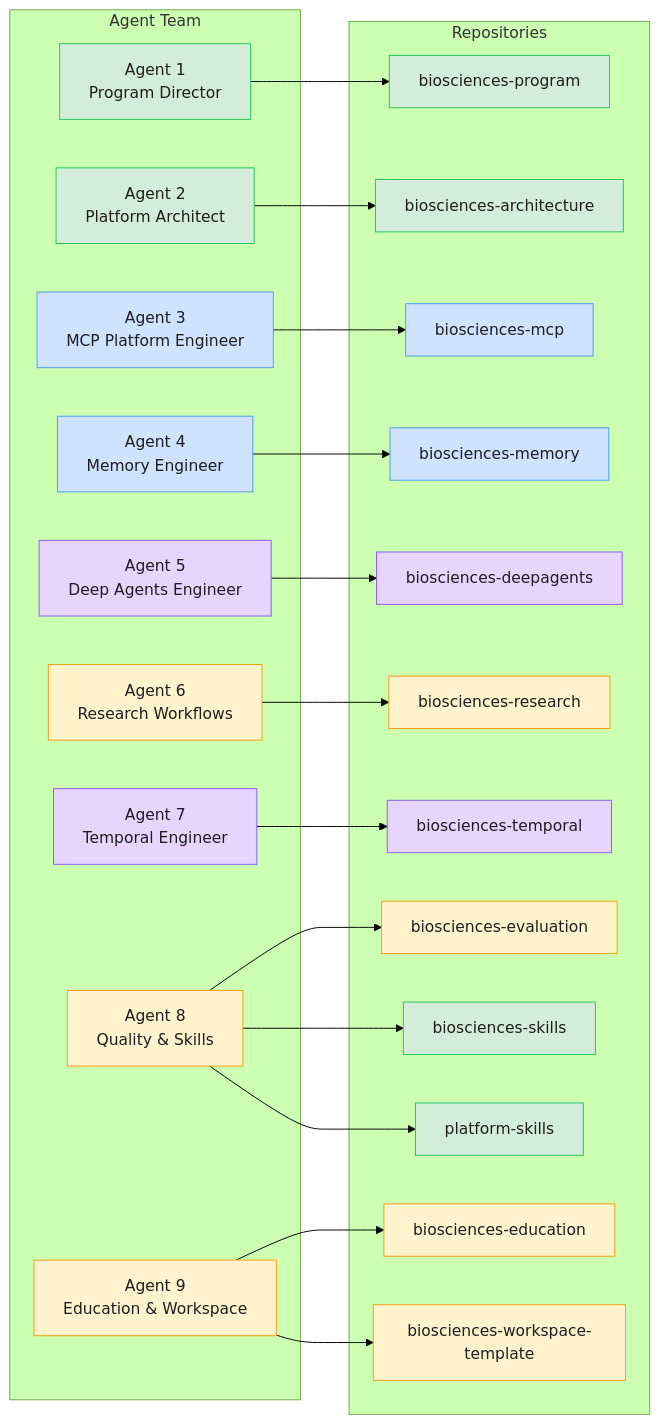
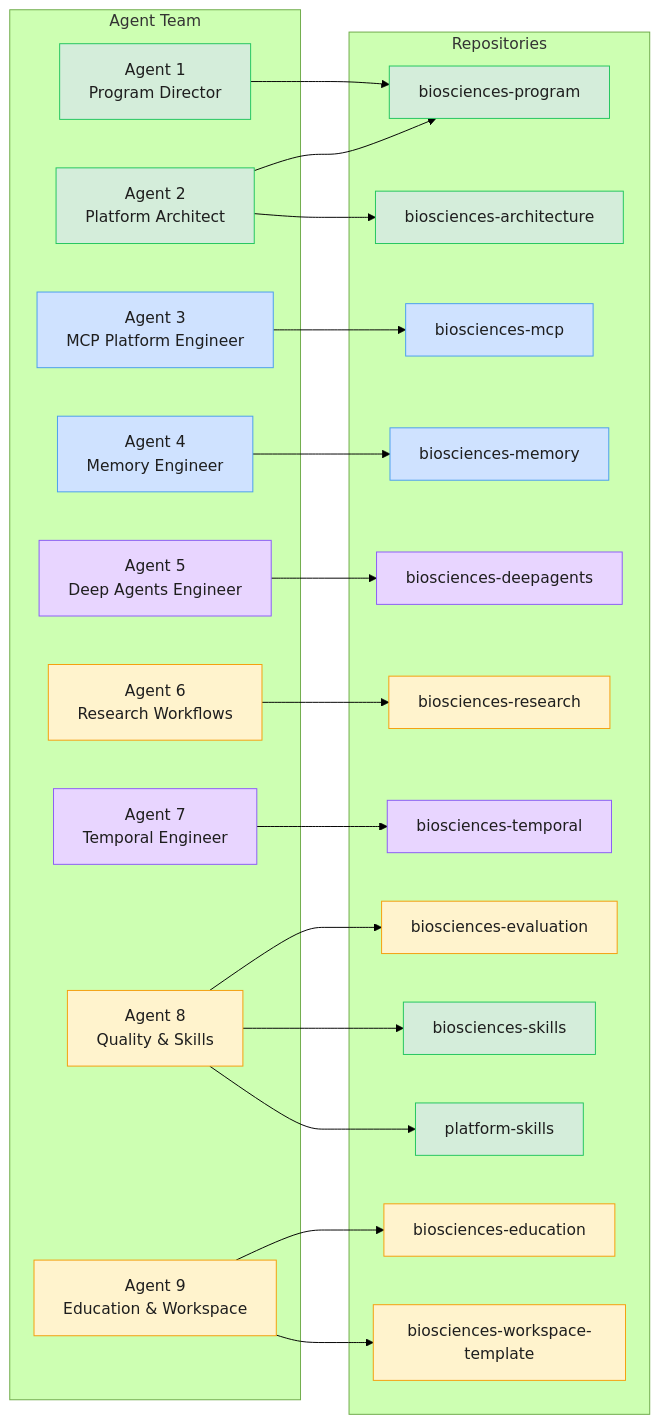
The diagram in docs/diagrams/agent-ownership-map.md (open-biosciences/biosciences-program), drawn with Mermaid (forest theme) before and after one commit. The commit also changed other lines of this file and 2 other files, not shown here.

First line of the commit message:
fix: update diagrams to reflect governance consolidation

````diff
--- a/docs/diagrams/agent-ownership-map.md
+++ b/docs/diagrams/agent-ownership-map.md
@@ -6,65 +6,66 @@
 ```mermaid
 flowchart LR
     subgraph agents["Agent Team"]
         a1["Agent 1<br/>Program Director"]
         a2["Agent 2<br/>Platform Architect"]
         a3["Agent 3<br/>MCP Platform Engineer"]
         a4["Agent 4<br/>Memory Engineer"]
         a5["Agent 5<br/>Deep Agents Engineer"]
         a6["Agent 6<br/>Research Workflows"]
         a7["Agent 7<br/>Temporal Engineer"]
         a8["Agent 8<br/>Quality & Skills"]
         a9["Agent 9<br/>Education & Workspace"]
     end
 
     subgraph repos["Repositories"]
         r_prog["biosciences-program"]
         r_arch["biosciences-architecture"]
         r_mcp["biosciences-mcp"]
         r_mem["biosciences-memory"]
         r_deep["biosciences-deepagents"]
         r_res["biosciences-research"]
         r_temp["biosciences-temporal"]
         r_eval["biosciences-evaluation"]
         r_skills["biosciences-skills"]
         r_platskills["platform-skills"]
         r_edu["biosciences-education"]
         r_ws["biosciences-workspace-template"]
     end
 
     a1 --> r_prog
+    a2 --> r_prog
     a2 --> r_arch
     a3 --> r_mcp
     a4 --> r_mem
     a5 --> r_deep
     a6 --> r_res
     a7 --> r_temp
     a8 --> r_eval
     a8 --> r_skills
     a8 --> r_platskills
     a9 --> r_edu
     a9 --> r_ws
 
     style a1 fill:#d4edda,stroke:#22c55e,color:#1e1e1e
     style a2 fill:#d4edda,stroke:#22c55e,color:#1e1e1e
     style a3 fill:#cfe2ff,stroke:#4a9eed,color:#1e1e1e
     style a4 fill:#cfe2ff,stroke:#4a9eed,color:#1e1e1e
     style a5 fill:#e8d5ff,stroke:#8b5cf6,color:#1e1e1e
     style a6 fill:#fff3cd,stroke:#f59e0b,color:#1e1e1e
     style a7 fill:#e8d5ff,stroke:#8b5cf6,color:#1e1e1e
     style a8 fill:#fff3cd,stroke:#f59e0b,color:#1e1e1e
     style a9 fill:#fff3cd,stroke:#f59e0b,color:#1e1e1e
 
     style r_prog fill:#d4edda,stroke:#22c55e,color:#1e1e1e
     style r_arch fill:#d4edda,stroke:#22c55e,color:#1e1e1e
     style r_mcp fill:#cfe2ff,stroke:#4a9eed,color:#1e1e1e
     style r_mem fill:#cfe2ff,stroke:#4a9eed,color:#1e1e1e
     style r_deep fill:#e8d5ff,stroke:#8b5cf6,color:#1e1e1e
     style r_res fill:#fff3cd,stroke:#f59e0b,color:#1e1e1e
     style r_temp fill:#e8d5ff,stroke:#8b5cf6,color:#1e1e1e
     style r_eval fill:#fff3cd,stroke:#f59e0b,color:#1e1e1e
     style r_skills fill:#d4edda,stroke:#22c55e,color:#1e1e1e
     style r_platskills fill:#d4edda,stroke:#22c55e,color:#1e1e1e
     style r_edu fill:#fff3cd,stroke:#f59e0b,color:#1e1e1e
     style r_ws fill:#fff3cd,stroke:#f59e0b,color:#1e1e1e
 ```
````
